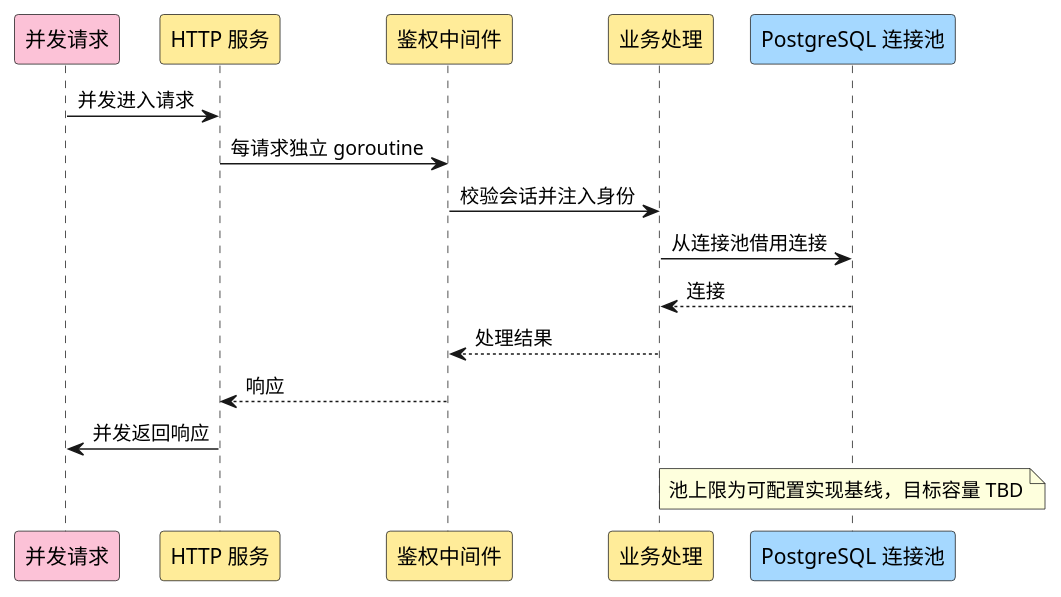
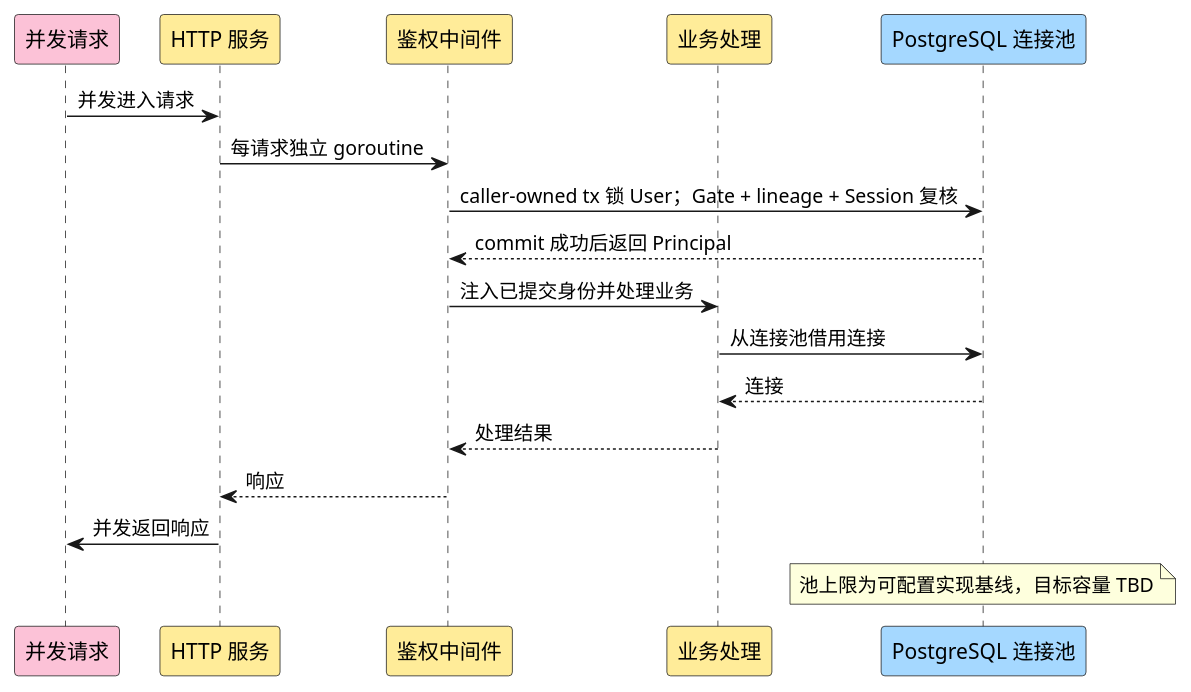
One commit to jianghua-hub-ai/han changed diagram 11 of 15 in .add/project/knowledge/design/architecture.md. Above: the diagram before and after it, drawn with PlantUML. The commit also changed other lines of this file and 26 other files, not shown here.

````diff
--- a/.add/project/knowledge/design/architecture.md
+++ b/.add/project/knowledge/design/architecture.md
@@ -893,23 +1299,25 @@
 ```plantuml
 @startuml
 skinparam shadowing false
 skinparam defaultFontName "Microsoft YaHei"
 
 participant "并发请求" as R #fcc2d7
 participant "HTTP 服务" as H #ffec99
 participant "鉴权中间件" as A #ffec99
 participant "业务处理" as S #ffec99
 participant "PostgreSQL 连接池" as P #a5d8ff
 
 R -> H : 并发进入请求
 H -> A : 每请求独立 goroutine
-A -> S : 校验会话并注入身份
+A -> P : caller-owned tx 锁 User；Gate + lineage + Session 复核
+P --> A : commit 成功后返回 Principal
+A -> S : 注入已提交身份并处理业务
 S -> P : 从连接池借用连接
 P --> S : 连接
 S --> A : 处理结果
 A --> H : 响应
 H -> R : 并发返回响应
 
 note over P : 池上限为可配置实现基线，目标容量 TBD
 @enduml
 ```
````
